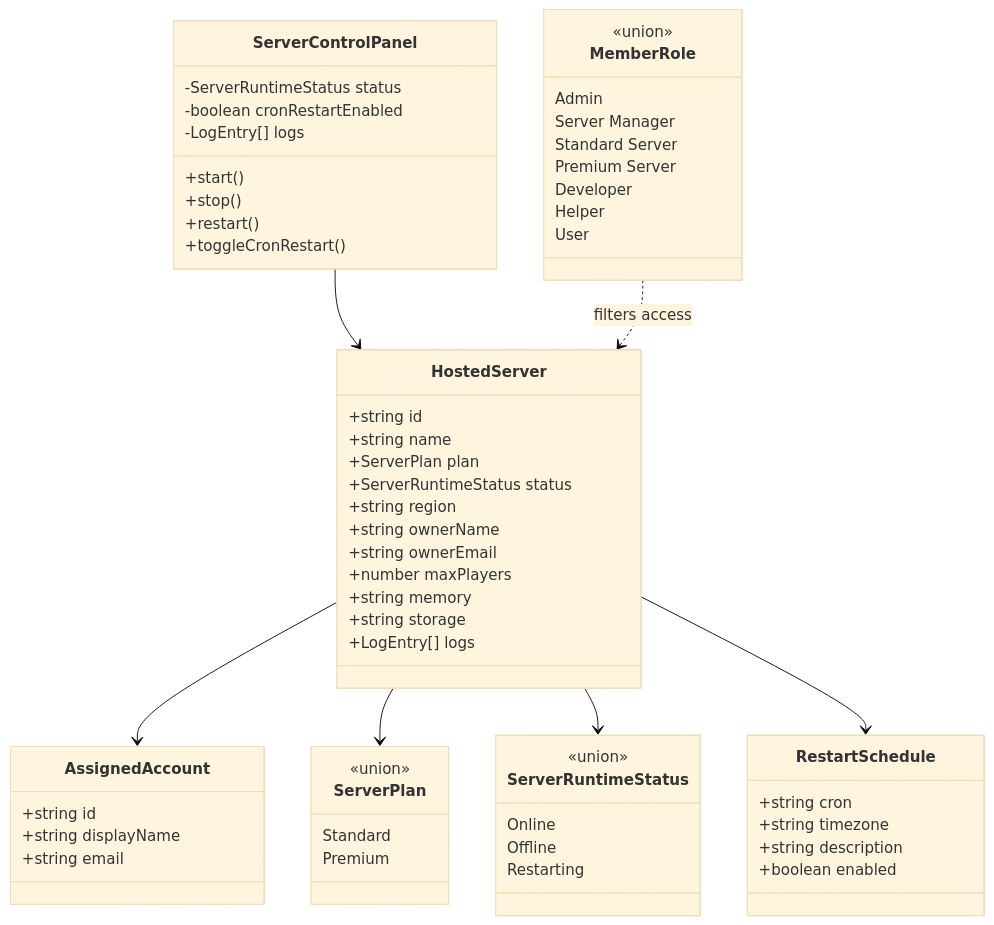
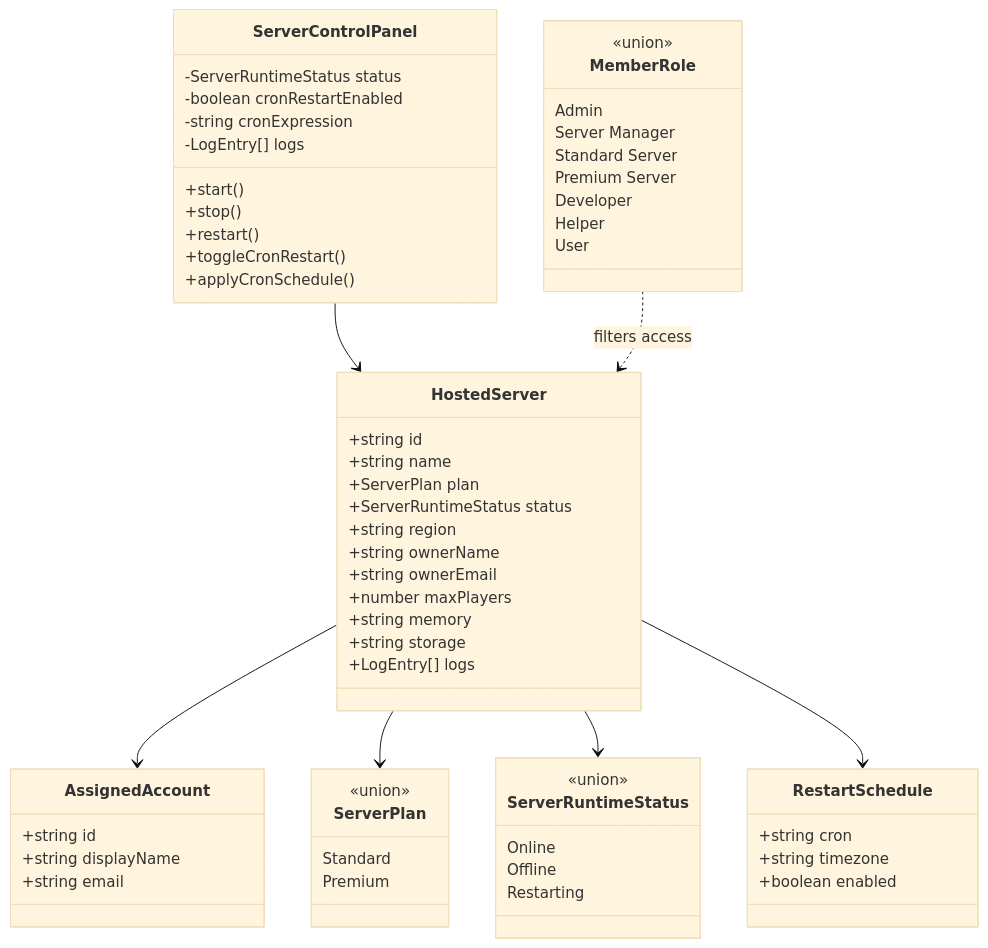
The first of 2 diagrams in docs/server-hosting-design.md (Bannerlord-Coop-Team/BannerlordCoop-website), drawn with Mermaid (base theme) before and after one commit. The commit also changed other lines of this file and 3 other files, not shown here.

Commit message:
Make cron restart schedule editable

````diff
--- a/docs/server-hosting-design.md
+++ b/docs/server-hosting-design.md
@@ -21,63 +21,64 @@
 ```mermaid
 classDiagram
     class MemberRole {
         <<union>>
         Admin
         Server Manager
         Standard Server
         Premium Server
         Developer
         Helper
         User
     }
     class HostedServer {
         +string id
         +string name
         +ServerPlan plan
         +ServerRuntimeStatus status
         +string region
         +string ownerName
         +string ownerEmail
         +number maxPlayers
         +string memory
         +string storage
         +LogEntry[] logs
     }
     class AssignedAccount {
         +string id
         +string displayName
         +string email
     }
     class ServerPlan {
         <<union>>
         Standard
         Premium
     }
     class ServerRuntimeStatus {
         <<union>>
         Online
         Offline
         Restarting
     }
     class RestartSchedule {
         +string cron
         +string timezone
-        +string description
         +boolean enabled
     }
     class ServerControlPanel {
         -ServerRuntimeStatus status
         -boolean cronRestartEnabled
+        -string cronExpression
         -LogEntry[] logs
         +start()
         +stop()
         +restart()
         +toggleCronRestart()
+        +applyCronSchedule()
     }
     HostedServer --> AssignedAccount
     HostedServer --> ServerPlan
     HostedServer --> ServerRuntimeStatus
     HostedServer --> RestartSchedule
     ServerControlPanel --> HostedServer
     MemberRole ..> HostedServer : filters access
 ```
````
